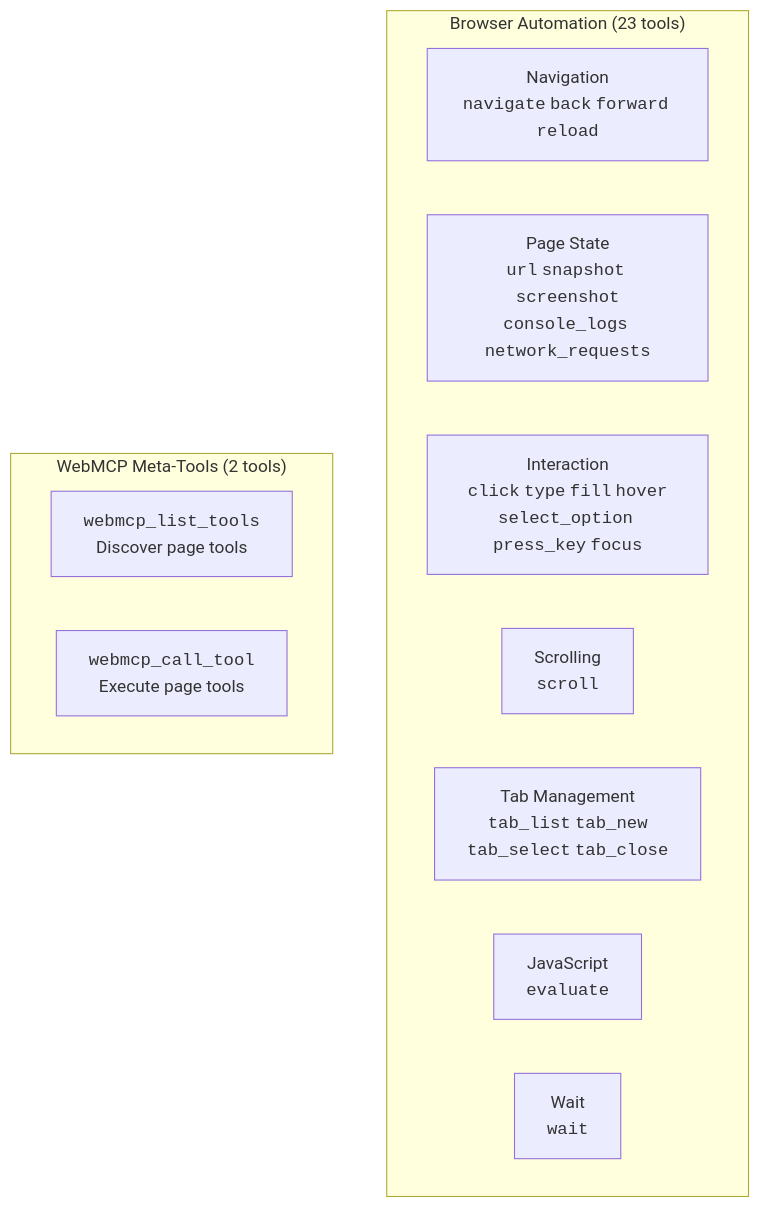
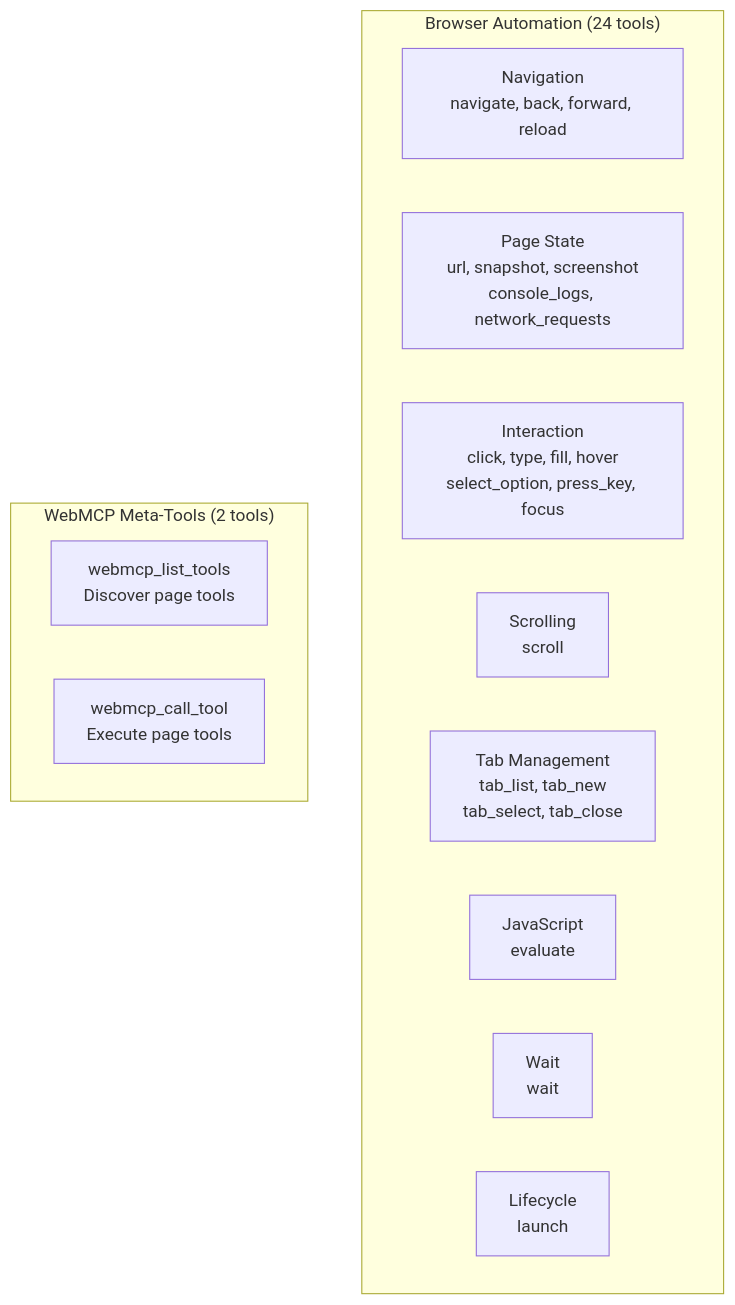
The second of 5 diagrams in projects/webmcp/ai-inspector-server/README.md (tech-sumit/react-webmcp), drawn with Mermaid before and after one commit. The commit also changed other lines of this file and 8 other files, not shown here.

First line of the commit message:
feat: add stdio transport and browser launch mode to ai-inspector-server

````diff
--- a/projects/webmcp/ai-inspector-server/README.md
+++ b/projects/webmcp/ai-inspector-server/README.md
@@ -252,19 +217,20 @@
 ```mermaid
 graph TD
-    subgraph "Browser Automation (23 tools)"
+    subgraph browser_auto ["Browser Automation (24 tools)"]
         direction LR
-        Nav["Navigation<br/><code>navigate</code> <code>back</code> <code>forward</code> <code>reload</code>"]
-        State["Page State<br/><code>url</code> <code>snapshot</code> <code>screenshot</code><br/><code>console_logs</code> <code>network_requests</code>"]
-        Interact["Interaction<br/><code>click</code> <code>type</code> <code>fill</code> <code>hover</code><br/><code>select_option</code> <code>press_key</code> <code>focus</code>"]
-        Scroll["Scrolling<br/><code>scroll</code>"]
-        Tabs["Tab Management<br/><code>tab_list</code> <code>tab_new</code><br/><code>tab_select</code> <code>tab_close</code>"]
-        JS["JavaScript<br/><code>evaluate</code>"]
-        Wait["Wait<br/><code>wait</code>"]
+        Nav["Navigation<br/>navigate, back, forward, reload"]
+        State["Page State<br/>url, snapshot, screenshot<br/>console_logs, network_requests"]
+        Interact["Interaction<br/>click, type, fill, hover<br/>select_option, press_key, focus"]
+        Scroll["Scrolling<br/>scroll"]
+        Tabs["Tab Management<br/>tab_list, tab_new<br/>tab_select, tab_close"]
+        JS["JavaScript<br/>evaluate"]
+        Wait["Wait<br/>wait"]
+        Lifecycle["Lifecycle<br/>launch"]
     end
 
-    subgraph "WebMCP Meta-Tools (2 tools)"
+    subgraph webmcp_meta ["WebMCP Meta-Tools (2 tools)"]
         direction LR
-        List["<code>webmcp_list_tools</code><br/>Discover page tools"]
-        Call["<code>webmcp_call_tool</code><br/>Execute page tools"]
+        List["webmcp_list_tools<br/>Discover page tools"]
+        Call["webmcp_call_tool<br/>Execute page tools"]
     end
 ```
````
